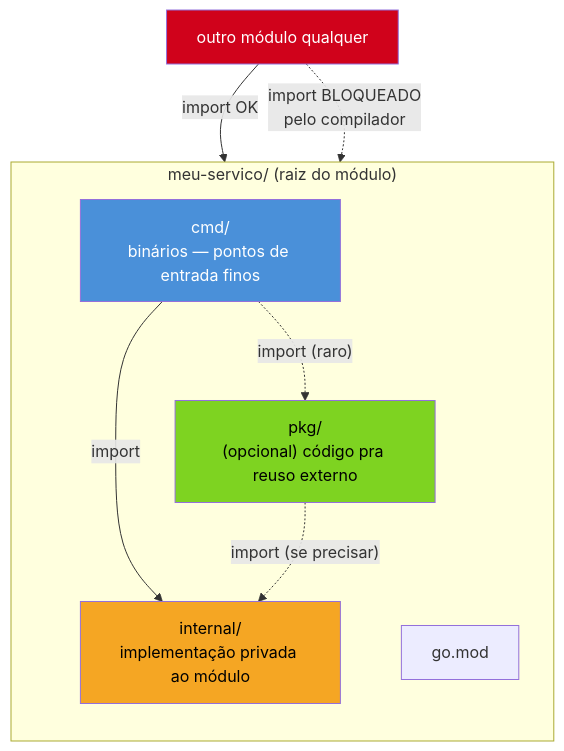
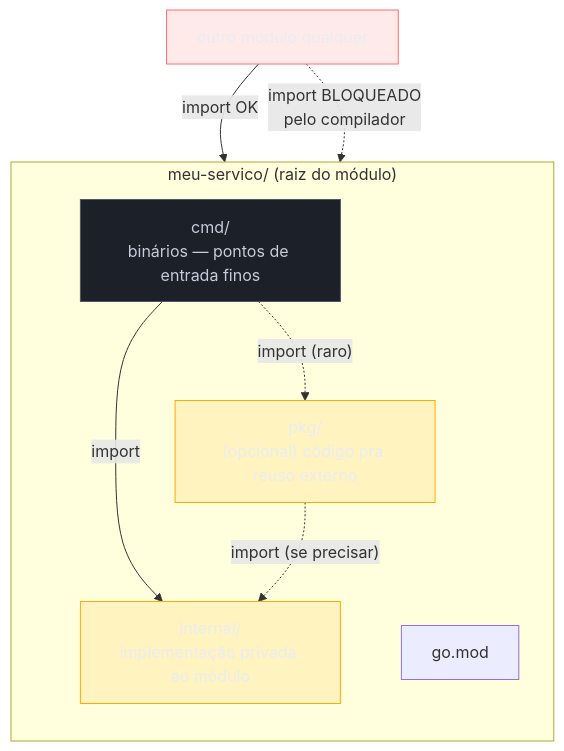
One commit to josenaldo/codex-technomanticus changed the diagram in 03-Dominios/Tecnologia/Go/14 - Microservices e arquitetura/01 - Project layout — cmd, internal, pkg.md. Above: the diagram before and after it, drawn with Mermaid. The commit also changed 1181 other files, not shown here.

First line of the commit message:
fix(diagramas): paleta do sistema no lugar de cor cravada no markdown

````diff
--- a/03-Dominios/Tecnologia/Go/14 - Microservices e arquitetura/01 - Project layout — cmd, internal, pkg.md
+++ b/03-Dominios/Tecnologia/Go/14 - Microservices e arquitetura/01 - Project layout — cmd, internal, pkg.md
@@ -31,22 +31,25 @@
 ```mermaid
 flowchart TB
+    classDef destaque fill:#FFAA0024,stroke:#FFAA00,color:#E9ECF2
+    classDef neutro fill:#1B2029,stroke:#4E5666,color:#C6CCD8
+    classDef falha fill:#FF6B6B24,stroke:#FF6B6B,color:#E9ECF2
     subgraph Root["meu-servico/ (raiz do módulo)"]
         direction TB
         CMD["cmd/\nbinários — pontos de entrada finos"]
         INT["internal/\nimplementação privada ao módulo"]
         PKG["pkg/\n(opcional) código pra reuso externo"]
         GOMOD["go.mod"]
     end
 
     CMD -->|"import"| INT
     PKG -.->|"import (se precisar)"| INT
     CMD -.->|"import (raro)"| PKG
 
     OUT["outro módulo qualquer"] -->|"import OK"| PKG
     OUT -.->|"import BLOQUEADO\npelo compilador"| INT
 
-    style INT fill:#F5A623,color:#000
-    style CMD fill:#4A90D9,color:#fff
-    style PKG fill:#7ED321,color:#000
-    style OUT fill:#D0021B,color:#fff
+    class INT destaque
+    class CMD neutro
+    class PKG destaque
+    class OUT falha
 ```
````
